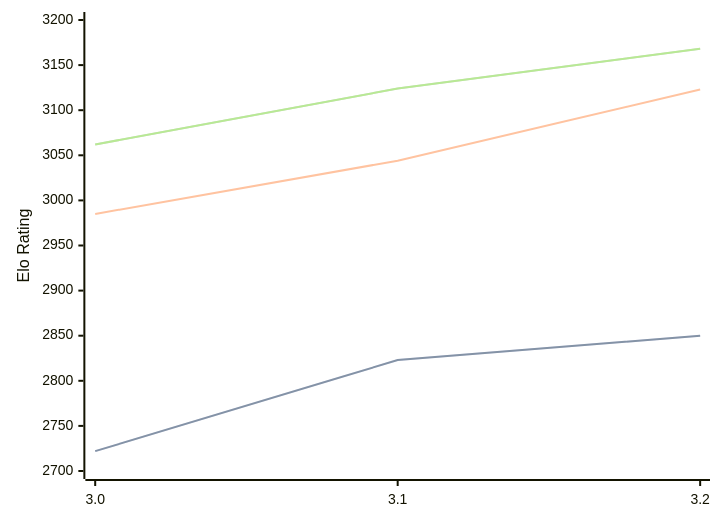
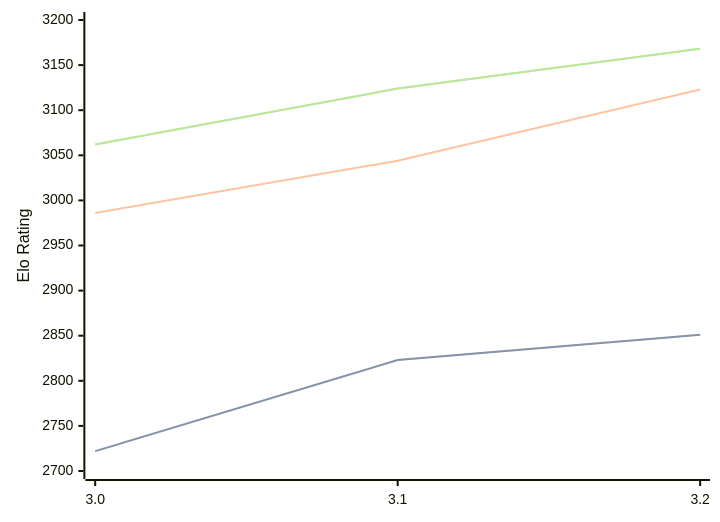
One commit to computer-chess-index/cci changed the diagram in engines/Vajolet2.md. Above: the diagram before and after it, drawn with Mermaid. The commit also changed other lines of this file, not shown here.

````diff
--- a/engines/Vajolet2.md
+++ b/engines/Vajolet2.md
@@ -33,11 +33,11 @@
 ```mermaid
 %%{init: {"theme":"base","themeVariables":{"seriesColors:['#a3a3a3','#222221','#faa371']}}}%%
 xychart-beta
   x-axis ["3.0", "3.1", "3.2"]
   y-axis "Elo Rating" 2700 --> 3200
-  line "STC (8.0+0.08s)" [2722, 2823, 2850]
-  line "STC (8.0+0.08s)" [2722, 2823, 2850]
-  line "LTC (60.0+0.60s)" [2985, 3044, 3123]
+  line "STC (8.0+0.08s)" [2722, 2823, 2851]
+  line "STC (8.0+0.08s)" [2722, 2823, 2851]
+  line "LTC (60.0+0.60s)" [2986, 3044, 3123]
   line "VLTC (2m24s+1.12s)" [3062, 3124, 3168]
   line "VLTC (2m24s+1.12s)" [3062, 3124, 3168]
 ```
````
